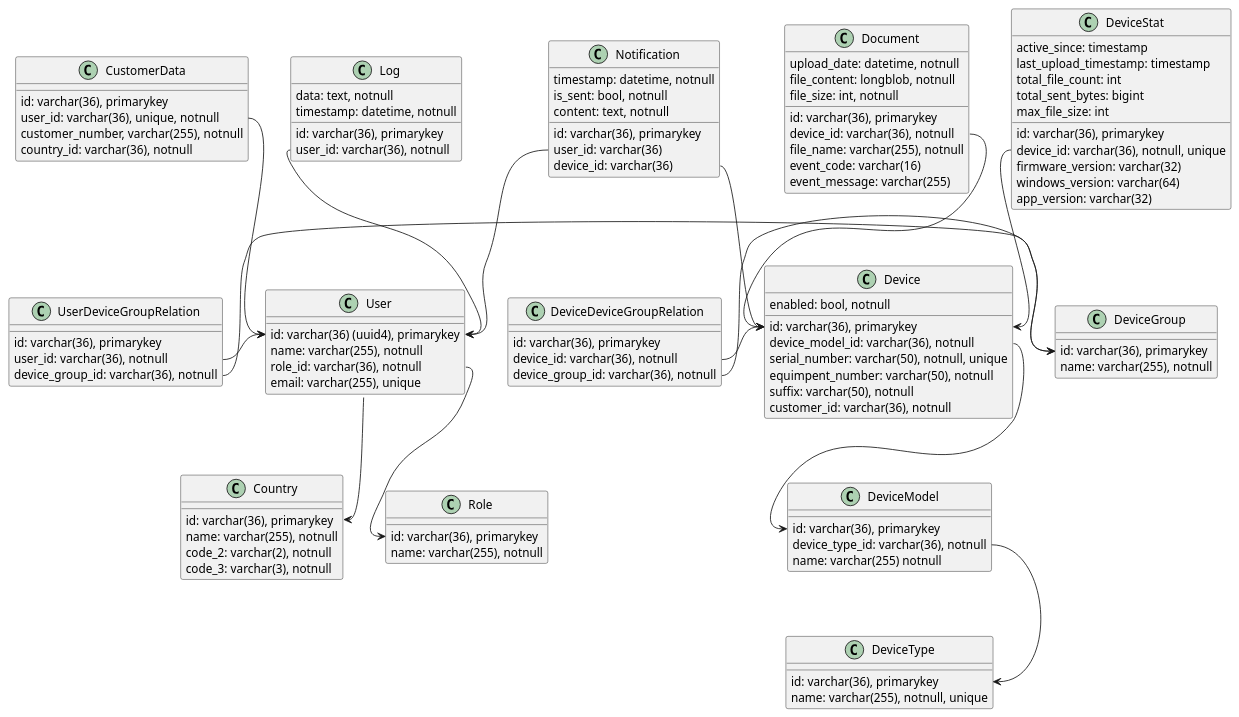
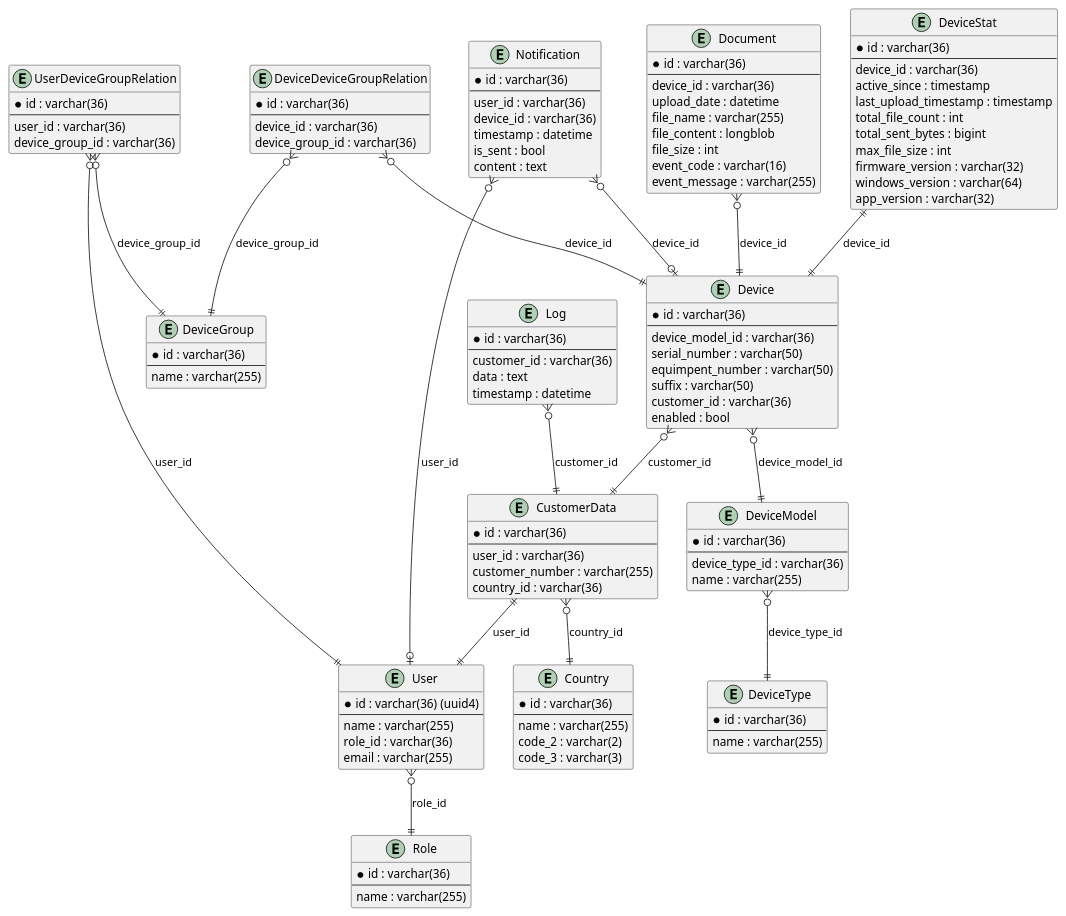
One commit to aCrYoZPS/db changed the diagram in diagram.puml. Above: the diagram before and after it, drawn with PlantUML.

Commit message:
reverted

```diff
--- a/diagram.puml
+++ b/diagram.puml
@@ -1,129 +1,137 @@
 @startuml
-class User{
-    id: varchar(36) (uuid4), primarykey
-    name: varchar(255), notnull
-    role_id: varchar(36), notnull
-    email: varchar(255), unique
+
+entity "User" as User {
+    *id : varchar(36) (uuid4)
+    --
+    name : varchar(255)
+    role_id : varchar(36)
+    email : varchar(255)
 }
 
-User::country_id --> Country::id
-User::role_id --> Role::id
-
-class CustomerData {
-    id: varchar(36), primarykey
-    user_id: varchar(36), unique, notnull
-    customer_number, varchar(255), notnull
-    country_id: varchar(36), notnull
+entity "Country" as Country {
+    *id : varchar(36)
+    --
+    name : varchar(255)
+    code_2 : varchar(2)
+    code_3 : varchar(3)
 }
 
-CustomerData::user_id --> User::id
-
-class UserDeviceGroupRelation {
-    id: varchar(36), primarykey
-    user_id: varchar(36), notnull
-    device_group_id: varchar(36), notnull
+entity "Role" as Role {
+    *id : varchar(36)
+    --
+    name : varchar(255)
 }
 
-UserDeviceGroupRelation::user_id -> User::id
-UserDeviceGroupRelation::device_group_id -> DeviceGroup::id
-
-class Country{
-    id: varchar(36), primarykey
-    name: varchar(255), notnull
-    code_2: varchar(2), notnull
-    code_3: varchar(3), notnull
+entity "CustomerData" as CustomerData {
+    *id : varchar(36)
+    --
+    user_id : varchar(36)
+    customer_number : varchar(255)
+    country_id : varchar(36)
 }
 
-class Role {
-    id: varchar(36), primarykey
-    name: varchar(255), notnull
+entity "UserDeviceGroupRelation" as UserDeviceGroupRelation {
+    *id : varchar(36)
+    --
+    user_id : varchar(36)
+    device_group_id : varchar(36)
 }
 
-class Log {
-    id: varchar(36), primarykey
-    user_id: varchar(36), notnull
-    data: text, notnull
-    timestamp: datetime, notnull
+entity "DeviceGroup" as DeviceGroup {
+    *id : varchar(36)
+    --
+    name : varchar(255)
 }
 
-Log::user_id --> User::id
-
-class DeviceType {
-    id: varchar(36), primarykey
-    name: varchar(255), notnull, unique
+entity "Log" as Log {
+    *id : varchar(36)
+    --
+    customer_id : varchar(36)
+    data : text
+    timestamp : datetime
 }
 
-class DeviceModel {
-    id: varchar(36), primarykey
-    device_type_id: varchar(36), notnull
-    name: varchar(255) notnull
+entity "DeviceType" as DeviceType {
+    *id : varchar(36)
+    --
+    name : varchar(255)
 }
 
-DeviceModel::device_type_id --> DeviceType::id
-
-class Device {
-    id: varchar(36), primarykey
-    device_model_id: varchar(36), notnull
-    serial_number: varchar(50), notnull, unique
-    equimpent_number: varchar(50), notnull
-    suffix: varchar(50), notnull
-    customer_id: varchar(36), notnull
-    enabled: bool, notnull
+entity "DeviceModel" as DeviceModel {
+    *id : varchar(36)
+    --
+    device_type_id : varchar(36)
+    name : varchar(255)
 }
 
-Device::device_model_id --> DeviceModel::id
-
-class DeviceDeviceGroupRelation {
-    id: varchar(36), primarykey
-    device_id: varchar(36), notnull
-    device_group_id: varchar(36), notnull
+entity "Device" as Device {
+    *id : varchar(36)
+    --
+    device_model_id : varchar(36)
+    serial_number : varchar(50)
+    equimpent_number : varchar(50)
+    suffix : varchar(50)
+    customer_id : varchar(36)
+    enabled : bool
 }
 
-DeviceDeviceGroupRelation::device_id -> Device::id
-DeviceDeviceGroupRelation::device_group_id -> DeviceGroup::id
-
-class DeviceGroup {
-    id: varchar(36), primarykey
-    name: varchar(255), notnull
+entity "DeviceDeviceGroupRelation" as DeviceDeviceGroupRelation {
+    *id : varchar(36)
+    --
+    device_id : varchar(36)
+    device_group_id : varchar(36)
 }
 
-class Document{
-    id: varchar(36), primarykey
-    device_id: varchar(36), notnull
-    upload_date: datetime, notnull
-    file_name: varchar(255), notnull
-    file_content: longblob, notnull
-    file_size: int, notnull
-    event_code: varchar(16)
-    event_message: varchar(255)
-}
-Document::device_id --> Device::id
-
-class Notification {
-    id: varchar(36), primarykey
-    user_id: varchar(36)
-    device_id: varchar(36)
-    timestamp: datetime, notnull
-    is_sent: bool, notnull
-    content: text, notnull
+entity "Document" as Document {
+    *id : varchar(36)
+    --
+    device_id : varchar(36)
+    upload_date : datetime
+    file_name : varchar(255)
+    file_content : longblob
+    file_size : int
+    event_code : varchar(16)
+    event_message : varchar(255)
 }
 
-Notification::user_id --> User::id
-Notification::device_id --> Device::id
-
-class DeviceStat {
-    id: varchar(36), primarykey
-    device_id: varchar(36), notnull, unique
-    active_since: timestamp
-    last_upload_timestamp: timestamp
-    total_file_count: int
-    total_sent_bytes: bigint
-    max_file_size: int
-    firmware_version: varchar(32)
-    windows_version: varchar(64)
-    app_version: varchar(32)
+entity "Notification" as Notification {
+    *id : varchar(36)
+    --
+    user_id : varchar(36)
+    device_id : varchar(36)
+    timestamp : datetime
+    is_sent : bool
+    content : text
 }
 
-DeviceStat::device_id --> Device::id
+entity "DeviceStat" as DeviceStat {
+    *id : varchar(36)
+    --
+    device_id : varchar(36)
+    active_since : timestamp
+    last_upload_timestamp : timestamp
+    total_file_count : int
+    total_sent_bytes : bigint
+    max_file_size : int
+    firmware_version : varchar(32)
+    windows_version : varchar(64)
+    app_version : varchar(32)
+}
+
+User }o--|| Role : role_id
+CustomerData ||--|| User : user_id
+CustomerData }o--|| Country : country_id
+UserDeviceGroupRelation }o--|| User : user_id
+UserDeviceGroupRelation }o--|| DeviceGroup : device_group_id
+Log }o--|| CustomerData : customer_id
+DeviceModel }o--|| DeviceType : device_type_id
+Device }o--|| DeviceModel : device_model_id
+Device }o--|| CustomerData : customer_id
+DeviceDeviceGroupRelation }o--|| Device : device_id
+DeviceDeviceGroupRelation }o--|| DeviceGroup : device_group_id
+Document }o--|| Device : device_id
+Notification }o--o| User : user_id
+Notification }o--o| Device : device_id
+DeviceStat ||--|| Device : device_id
 
 @enduml
```
